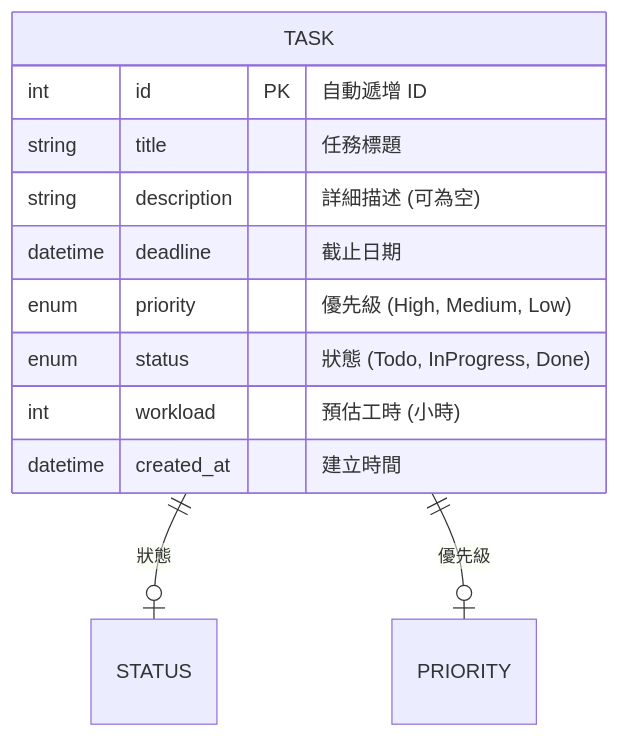
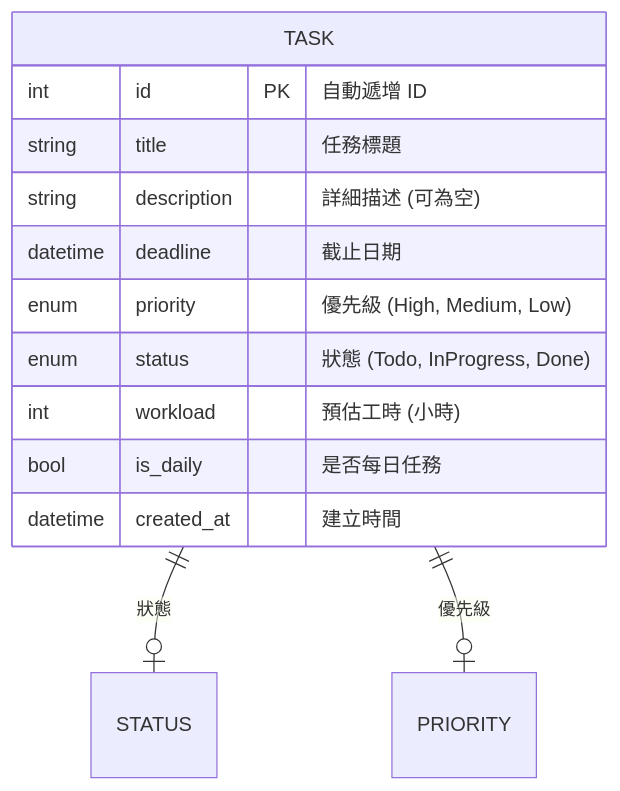
The second of 4 diagrams in system_graph.md (pppppppphoebe/AI_Task_Manager), drawn with Mermaid before and after one commit. The commit also changed other lines of this file, not shown here.

Commit message:
Update diagram

````diff
--- a/system_graph.md
+++ b/system_graph.md
@@ -35,16 +40,17 @@
 ```mermaid
 erDiagram
     TASK ||--o| STATUS : "狀態"
     TASK ||--o| PRIORITY : "優先級"
 
     TASK {
         int id PK "自動遞增 ID"
         string title "任務標題"
         string description "詳細描述 (可為空)"
         datetime deadline "截止日期"
         enum priority "優先級 (High, Medium, Low)"
         enum status "狀態 (Todo, InProgress, Done)"
         int workload "預估工時 (小時)"
+        bool is_daily "是否每日任務"
         datetime created_at "建立時間"
     }
 ```
````
